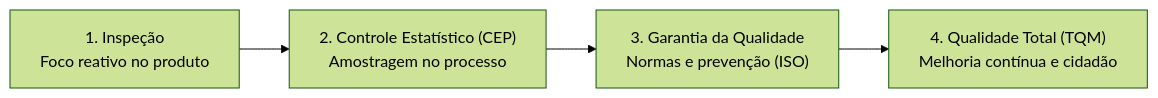
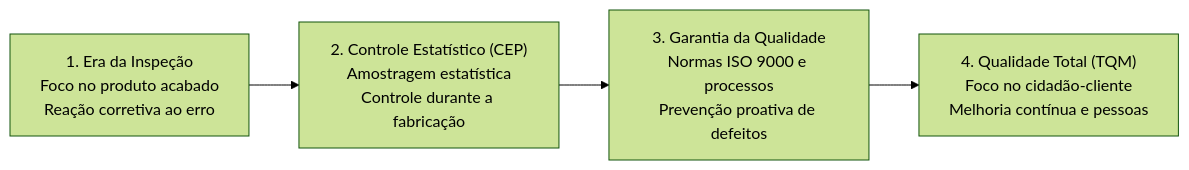
The first of 6 diagrams in fontes_de_estudo/conhecimentos_especificos_a01_tecnico_administrativo/21_nocoes_de_administracao_publica/03_gestao_da_qualidade_processos_projetos_e_decreto_9094.md (thiagosantos346/TCE-GO-2027), drawn with Mermaid (forest theme) before and after one commit. The commit also changed other lines of this file and 119 other files, not shown here.

````diff
--- a/fontes_de_estudo/conhecimentos_especificos_a01_tecnico_administrativo/21_nocoes_de_administracao_publica/03_gestao_da_qualidade_processos_projetos_e_decreto_9094.md
+++ b/fontes_de_estudo/conhecimentos_especificos_a01_tecnico_administrativo/21_nocoes_de_administracao_publica/03_gestao_da_qualidade_processos_projetos_e_decreto_9094.md
@@ -86,6 +69,6 @@
 ```mermaid
 flowchart LR
-    E1["1. Inspeção<br/>Foco reativo no produto"] --> E2["2. Controle Estatístico (CEP)<br/>Amostragem no processo"]
-    E2 --> E3["3. Garantia da Qualidade<br/>Normas e prevenção (ISO)"]
-    E3 --> E4["4. Qualidade Total (TQM)<br/>Melhoria contínua e cidadão"]
+    E1["1. Era da Inspeção<br/>Foco no produto acabado<br/>Reação corretiva ao erro"] --> E2["2. Controle Estatístico (CEP)<br/>Amostragem estatística<br/>Controle durante a fabricação"]
+    E2 --> E3["3. Garantia da Qualidade<br/>Normas ISO 9000 e processos<br/>Prevenção proativa de defeitos"]
+    E3 --> E4["4. Qualidade Total (TQM)<br/>Foco no cidadão-cliente<br/>Melhoria contínua e pessoas"]
 ```
````
